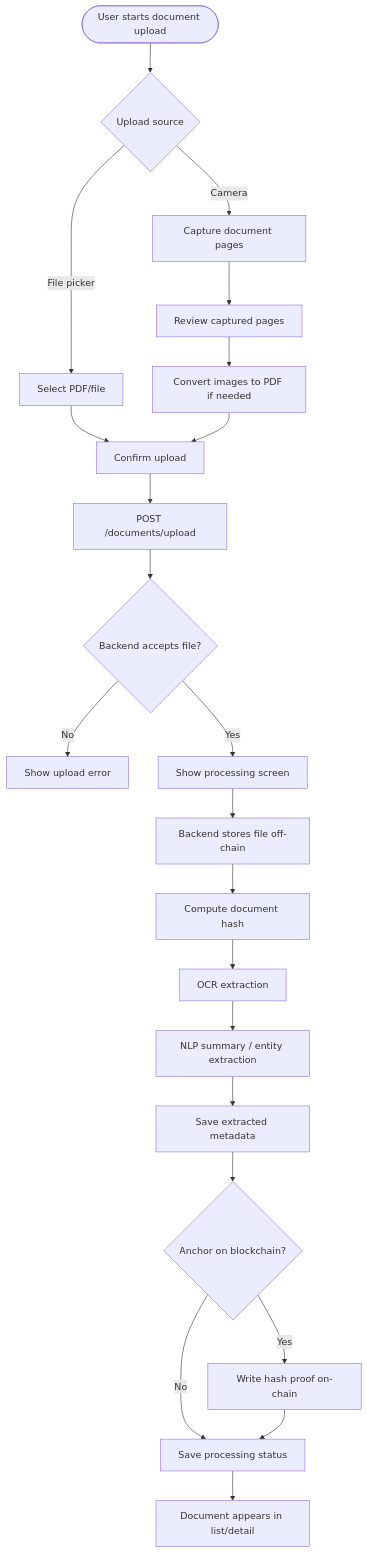
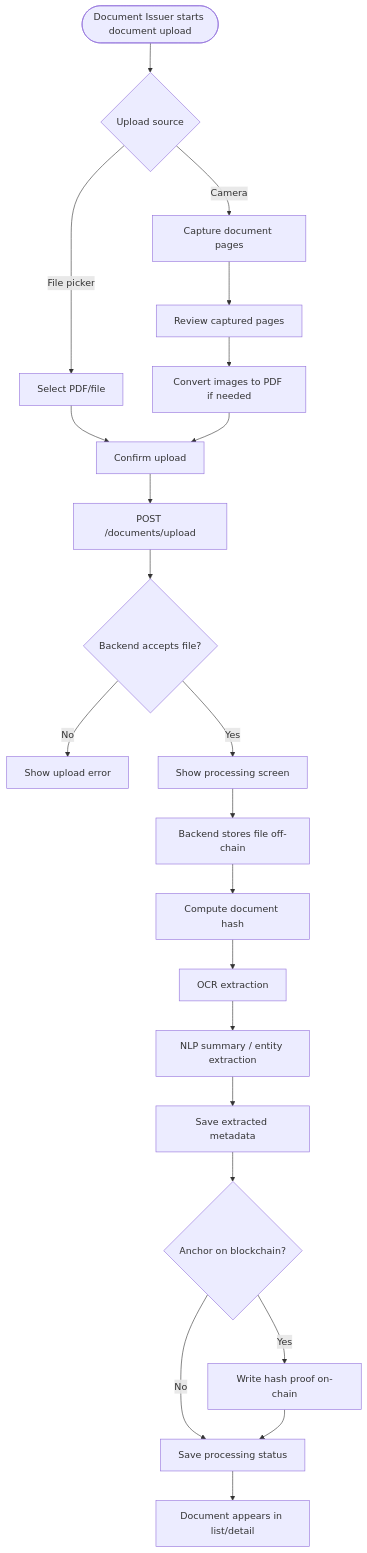
Before and after one commit to agustinelumandong/LexChain: the fifth of 18 diagrams in docs/LEXCHAIN-WORKFLOW-FLOWCHARTS.md, drawn with Mermaid. The commit also changed other lines of this file and 6 other files, not shown here.

````diff
--- a/docs/LEXCHAIN-WORKFLOW-FLOWCHARTS.md
+++ b/docs/LEXCHAIN-WORKFLOW-FLOWCHARTS.md
@@ -119,28 +121,28 @@
 ```mermaid
 flowchart TD
-  Start([User starts document upload]) --> Source{Upload source}
+  Start([Document Issuer starts document upload]) --> Source{Upload source}
 
   Source -- File picker --> PickFile["Select PDF/file"]
   Source -- Camera --> Camera[Capture document pages]
 
   Camera --> Review[Review captured pages]
   Review --> ConvertPdf[Convert images to PDF if needed]
   PickFile --> Confirm[Confirm upload]
   ConvertPdf --> Confirm
 
   Confirm --> Upload[POST /documents/upload]
   Upload --> Accepted{Backend accepts file?}
   Accepted -- No --> UploadError[Show upload error]
   Accepted -- Yes --> ProcessingScreen[Show processing screen]
 
   ProcessingScreen --> BackendStore[Backend stores file off-chain]
   BackendStore --> Hash[Compute document hash]
   Hash --> OCR[OCR extraction]
   OCR --> NLP[NLP summary / entity extraction]
   NLP --> Metadata[Save extracted metadata]
   Metadata --> Anchor{Anchor on blockchain?}
   Anchor -- Yes --> Blockchain[Write hash proof on-chain]
   Anchor -- No --> SaveStatus[Save processing status]
   Blockchain --> SaveStatus
   SaveStatus --> DocumentReady["Document appears in list/detail"]
 ```
````
